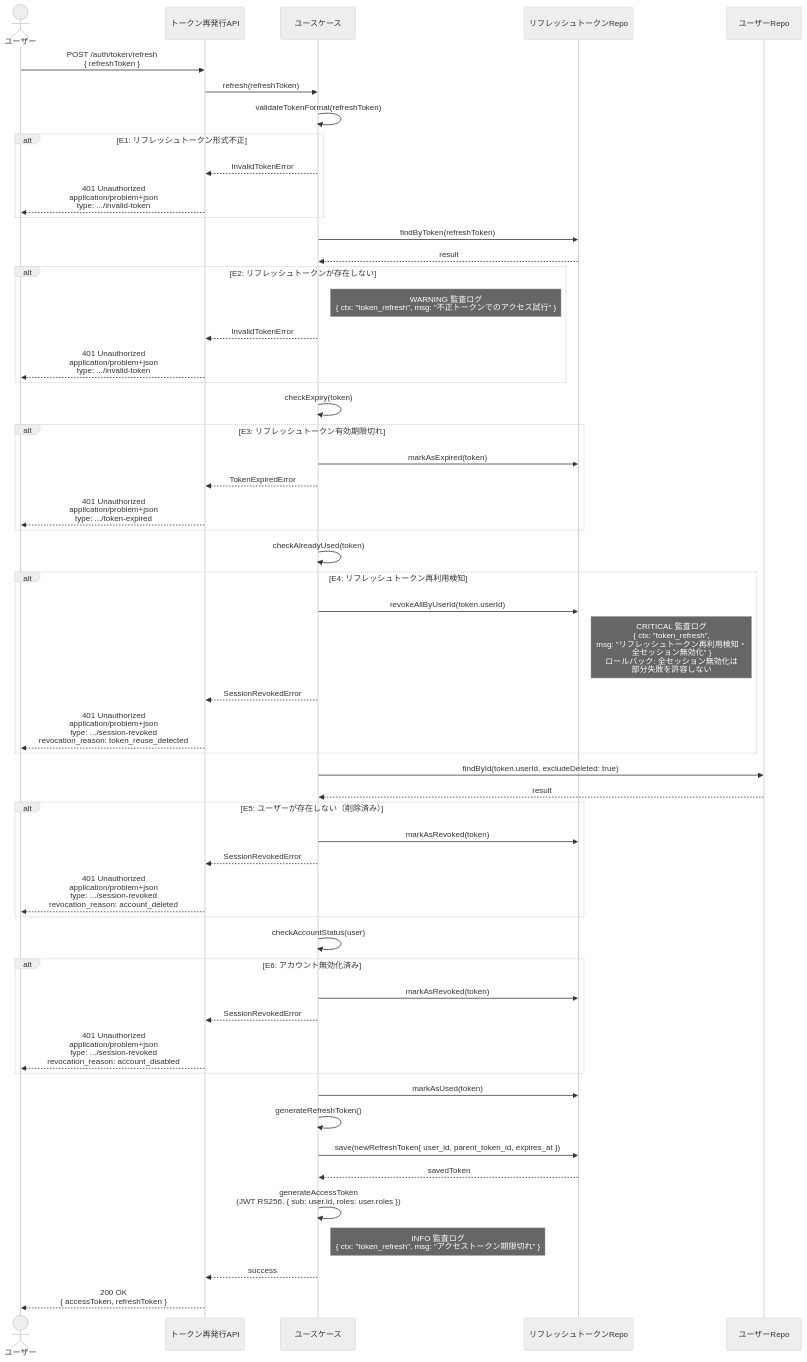
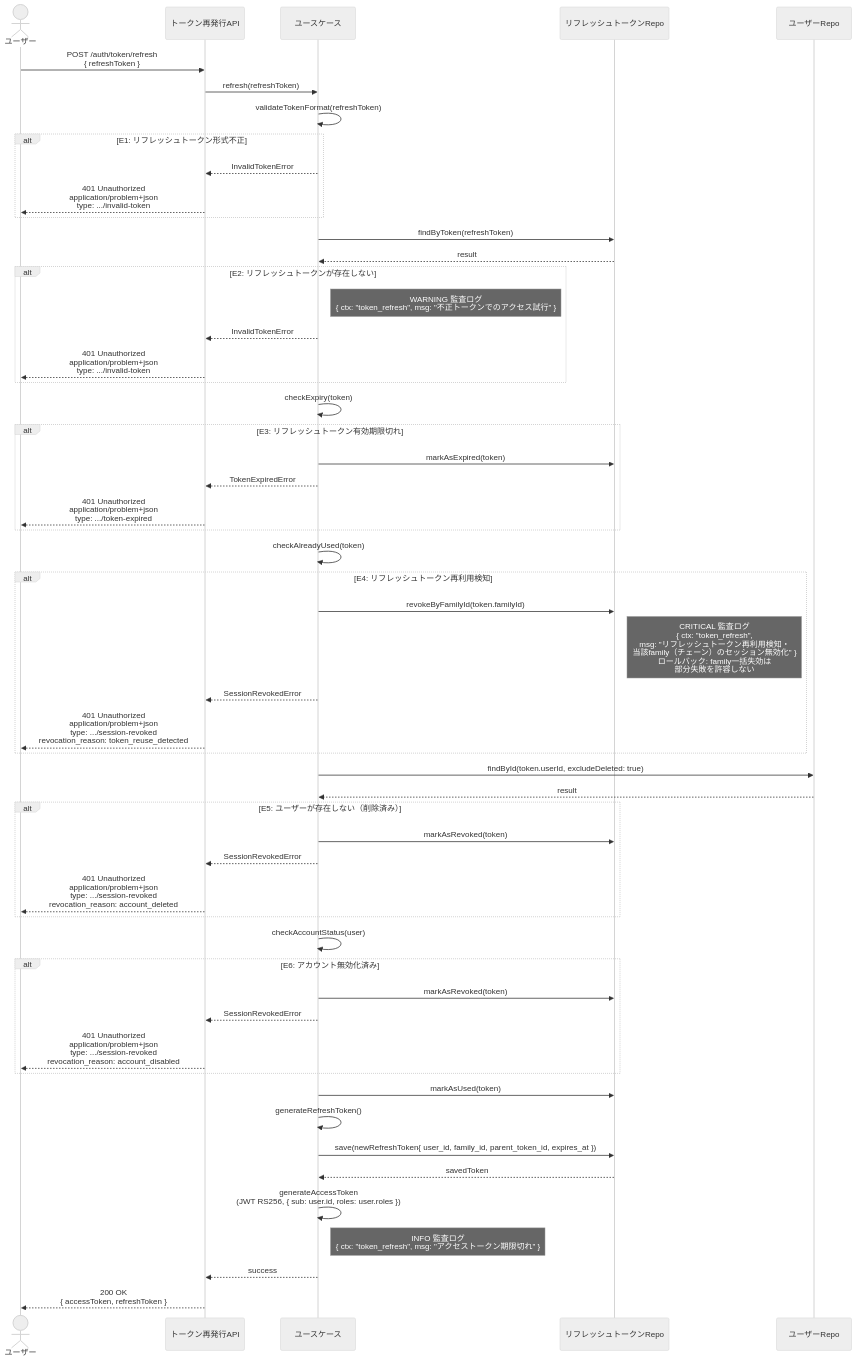
The second of 2 diagrams in .docs/design/buc/BUC-U05.md (suunet/POC_HYDRA_AUTH), drawn with Mermaid (neutral theme) before and after one commit. The commit also changed other lines of this file and 4 other files, not shown here.

````diff
--- a/.docs/design/buc/BUC-U05.md
+++ b/.docs/design/buc/BUC-U05.md
@@ -126,56 +126,56 @@
 ```mermaid
 sequenceDiagram
   actor User as ユーザー
   participant RefreshAPI as トークン再発行API
   participant UseCase as ユースケース
   participant RefreshRepo as リフレッシュトークンRepo
   participant UserRepo as ユーザーRepo
   User->>RefreshAPI: POST /auth/token/refresh<br/>{ refreshToken }
   RefreshAPI->>UseCase: refresh(refreshToken)
   UseCase->>UseCase: validateTokenFormat(refreshToken)
   alt E1: リフレッシュトークン形式不正
   UseCase-->>RefreshAPI: InvalidTokenError
   RefreshAPI-->>User: 401 Unauthorized<br/>application/problem+json<br/>type: .../invalid-token
   end
   UseCase->>RefreshRepo: findByToken(refreshToken)
   RefreshRepo-->>UseCase: result
   alt E2: リフレッシュトークンが存在しない
   Note right of UseCase: WARNING 監査ログ<br/>{ ctx: "token_refresh", msg: "不正トークンでのアクセス試行" }
   UseCase-->>RefreshAPI: InvalidTokenError
   RefreshAPI-->>User: 401 Unauthorized<br/>application/problem+json<br/>type: .../invalid-token
   end
   UseCase->>UseCase: checkExpiry(token)
   alt E3: リフレッシュトークン有効期限切れ
   UseCase->>RefreshRepo: markAsExpired(token)
   UseCase-->>RefreshAPI: TokenExpiredError
   RefreshAPI-->>User: 401 Unauthorized<br/>application/problem+json<br/>type: .../token-expired
   end
   UseCase->>UseCase: checkAlreadyUsed(token)
   alt E4: リフレッシュトークン再利用検知
-  UseCase->>RefreshRepo: revokeAllByUserId(token.userId)
-  Note right of RefreshRepo: CRITICAL 監査ログ<br/>{ ctx: "token_refresh",<br/>msg: "リフレッシュトークン再利用検知・<br/>全セッション無効化" }<br/>ロールバック: 全セッション無効化は<br/>部分失敗を許容しない
+  UseCase->>RefreshRepo: revokeByFamilyId(token.familyId)
+  Note right of RefreshRepo: CRITICAL 監査ログ<br/>{ ctx: "token_refresh",<br/>msg: "リフレッシュトークン再利用検知・<br/>当該family（チェーン）のセッション無効化" }<br/>ロールバック: family一括失効は<br/>部分失敗を許容しない
   UseCase-->>RefreshAPI: SessionRevokedError
   RefreshAPI-->>User: 401 Unauthorized<br/>application/problem+json<br/>type: .../session-revoked<br/>revocation_reason: token_reuse_detected
   end
   UseCase->>UserRepo: findById(token.userId, excludeDeleted: true)
   UserRepo-->>UseCase: result
   alt E5: ユーザーが存在しない（削除済み）
   UseCase->>RefreshRepo: markAsRevoked(token)
   UseCase-->>RefreshAPI: SessionRevokedError
   RefreshAPI-->>User: 401 Unauthorized<br/>application/problem+json<br/>type: .../session-revoked<br/>revocation_reason: account_deleted
   end
   UseCase->>UseCase: checkAccountStatus(user)
   alt E6: アカウント無効化済み
   UseCase->>RefreshRepo: markAsRevoked(token)
   UseCase-->>RefreshAPI: SessionRevokedError
   RefreshAPI-->>User: 401 Unauthorized<br/>application/problem+json<br/>type: .../session-revoked<br/>revocation_reason: account_disabled
   end
   UseCase->>RefreshRepo: markAsUsed(token)
   UseCase->>UseCase: generateRefreshToken()
-  UseCase->>RefreshRepo: save(newRefreshToken{ user_id, parent_token_id, expires_at })
+  UseCase->>RefreshRepo: save(newRefreshToken{ user_id, family_id, parent_token_id, expires_at })
   RefreshRepo-->>UseCase: savedToken
   UseCase->>UseCase: generateAccessToken<br/>(JWT RS256, { sub: user.id, roles: user.roles })
   Note right of UseCase: INFO 監査ログ<br/>{ ctx: "token_refresh", msg: "アクセストークン期限切れ" }
   UseCase-->>RefreshAPI: success
   RefreshAPI-->>User: 200 OK<br/>{ accessToken, refreshToken }
 ```
````
